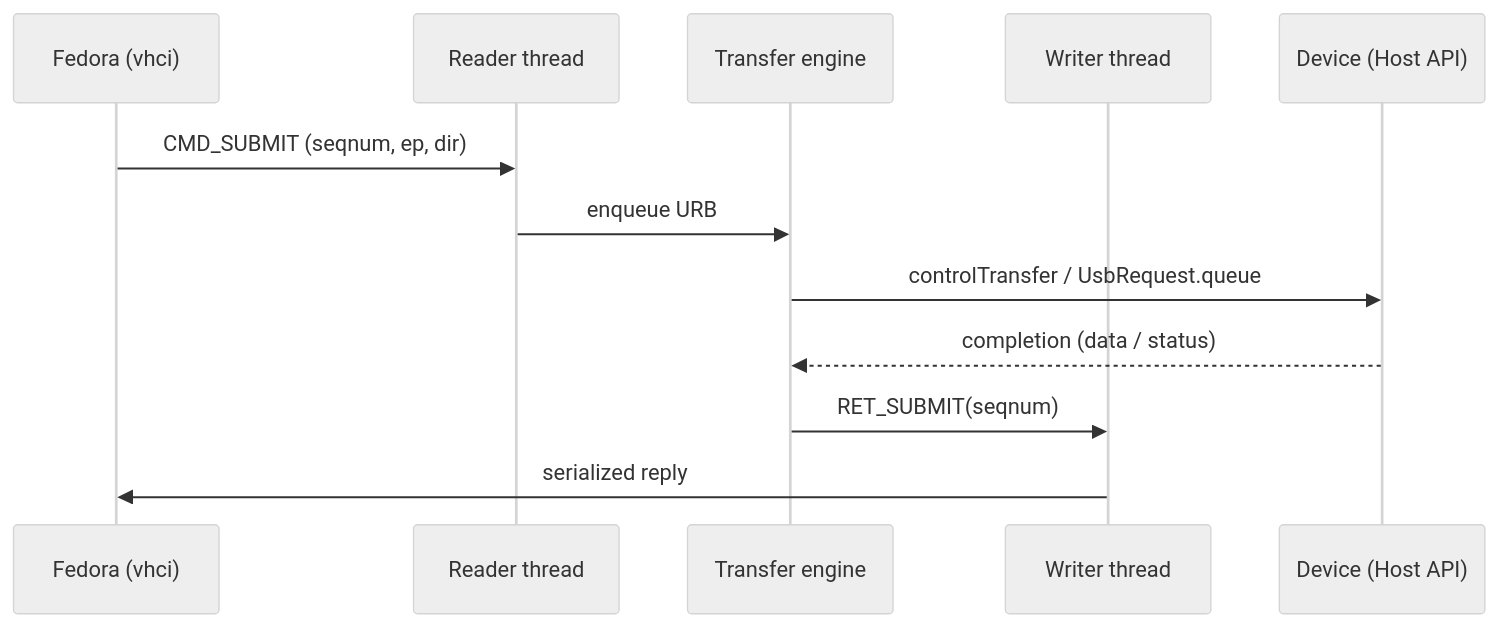
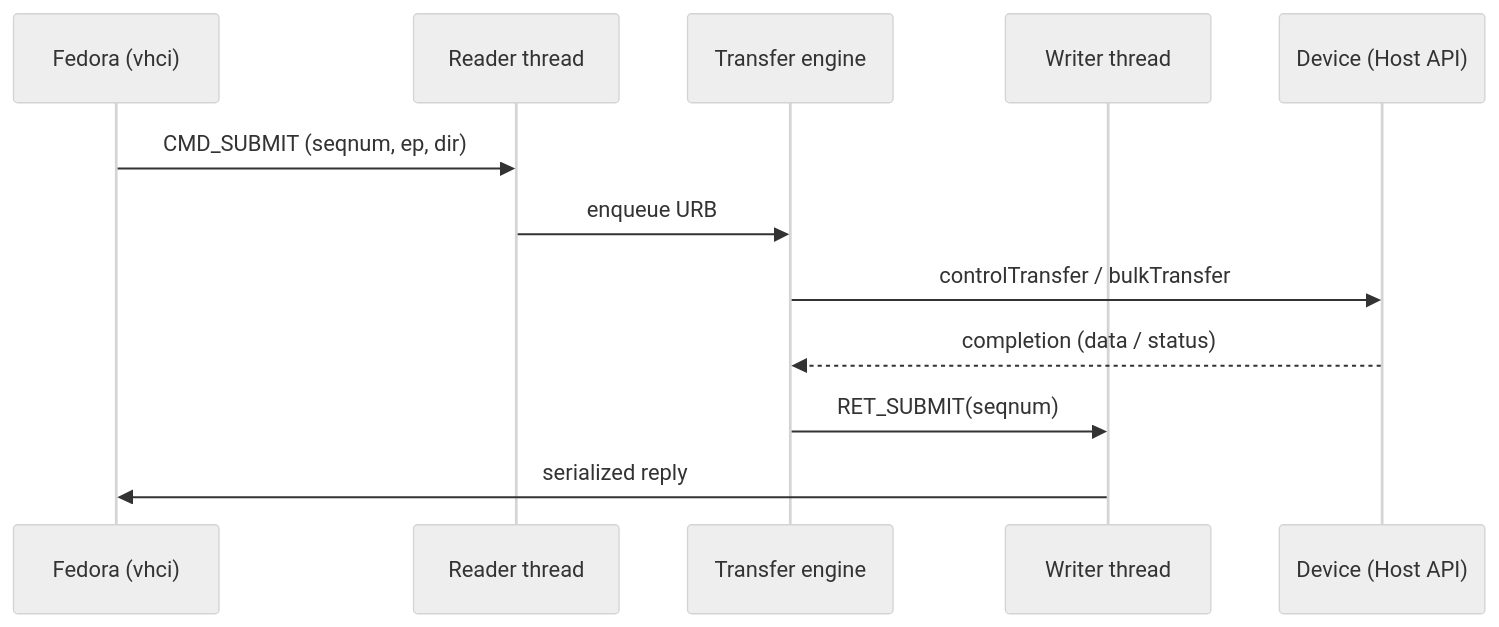
The second of 3 diagrams in architecture.md (suhridgupta/iotower), drawn with Mermaid (neutral theme) before and after one commit. The commit also changed other lines of this file and 3 other files, not shown here.

````diff
--- a/architecture.md
+++ b/architecture.md
@@ -264,14 +264,14 @@
 ```mermaid
 sequenceDiagram
     participant K as Fedora (vhci)
     participant R as Reader thread
     participant E as Transfer engine
     participant WR as Writer thread
     participant U as Device (Host API)
     K->>R: CMD_SUBMIT (seqnum, ep, dir)
     R->>E: enqueue URB
-    E->>U: controlTransfer / UsbRequest.queue
+    E->>U: controlTransfer / bulkTransfer
     U-->>E: completion (data / status)
     E->>WR: RET_SUBMIT(seqnum)
     WR->>K: serialized reply
 ```
````
